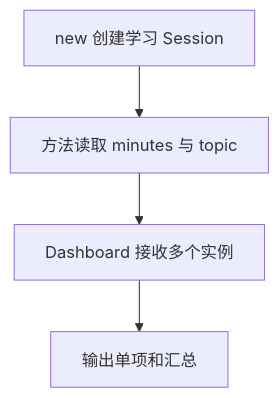
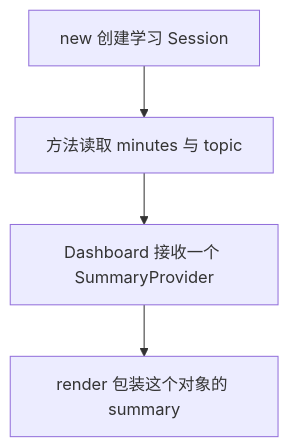
One commit to zoran-sid/Typescript_practice changed the diagram in beginner/docs/day18/README.md. Above: the diagram before and after it, drawn with Mermaid. The commit also changed other lines of this file and 112 other files, not shown here.

````diff
--- a/beginner/docs/day18/README.md
+++ b/beginner/docs/day18/README.md
@@ -83,7 +91,7 @@
 ```mermaid
 flowchart TD
   A["new 创建学习 Session"] --> B
   B["方法读取 minutes 与 topic"] --> C
-  C["Dashboard 接收多个实例"] --> D
-  D["输出单项和汇总"]
+  C["Dashboard 接收一个 SummaryProvider"] --> D
+  D["render 包装这个对象的 summary"]
 ```
````
